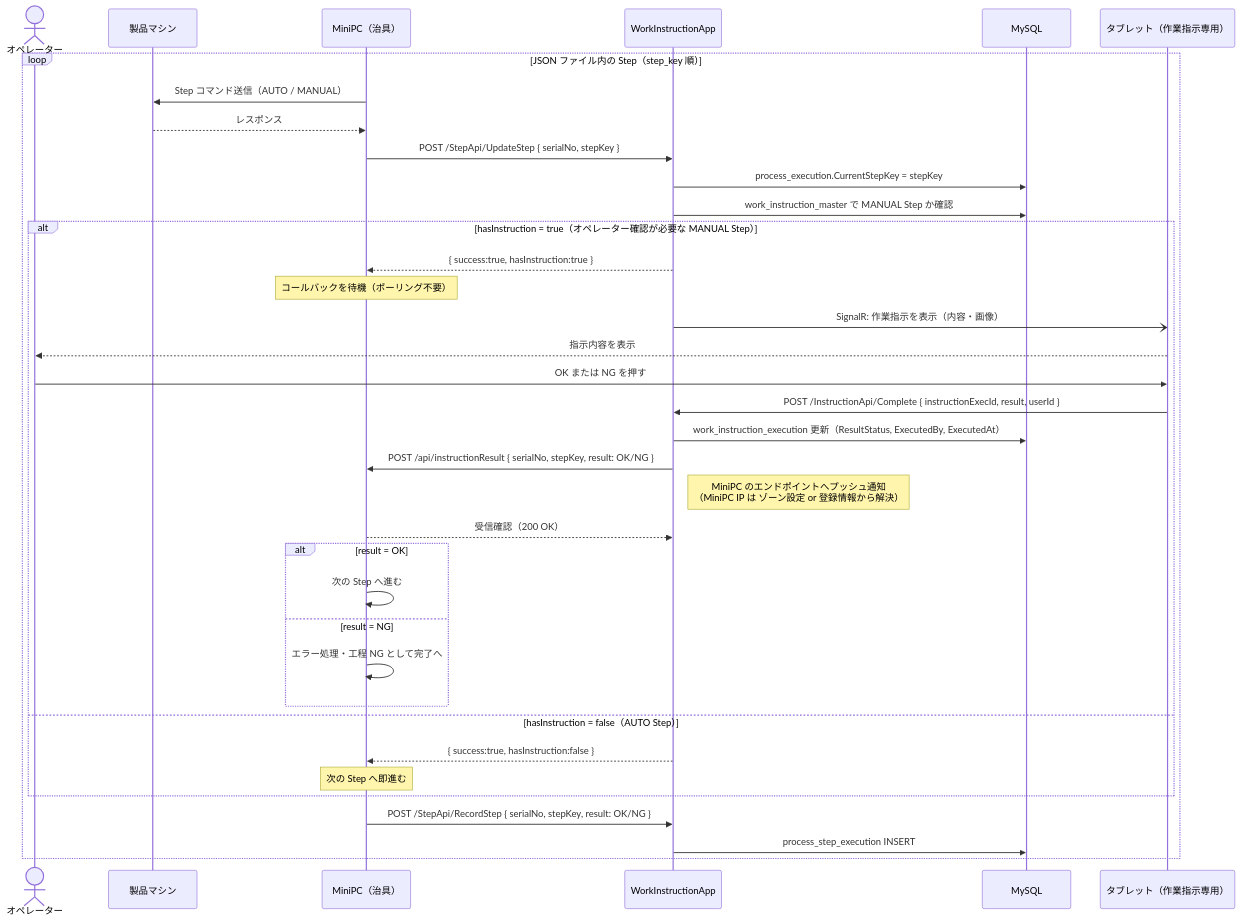
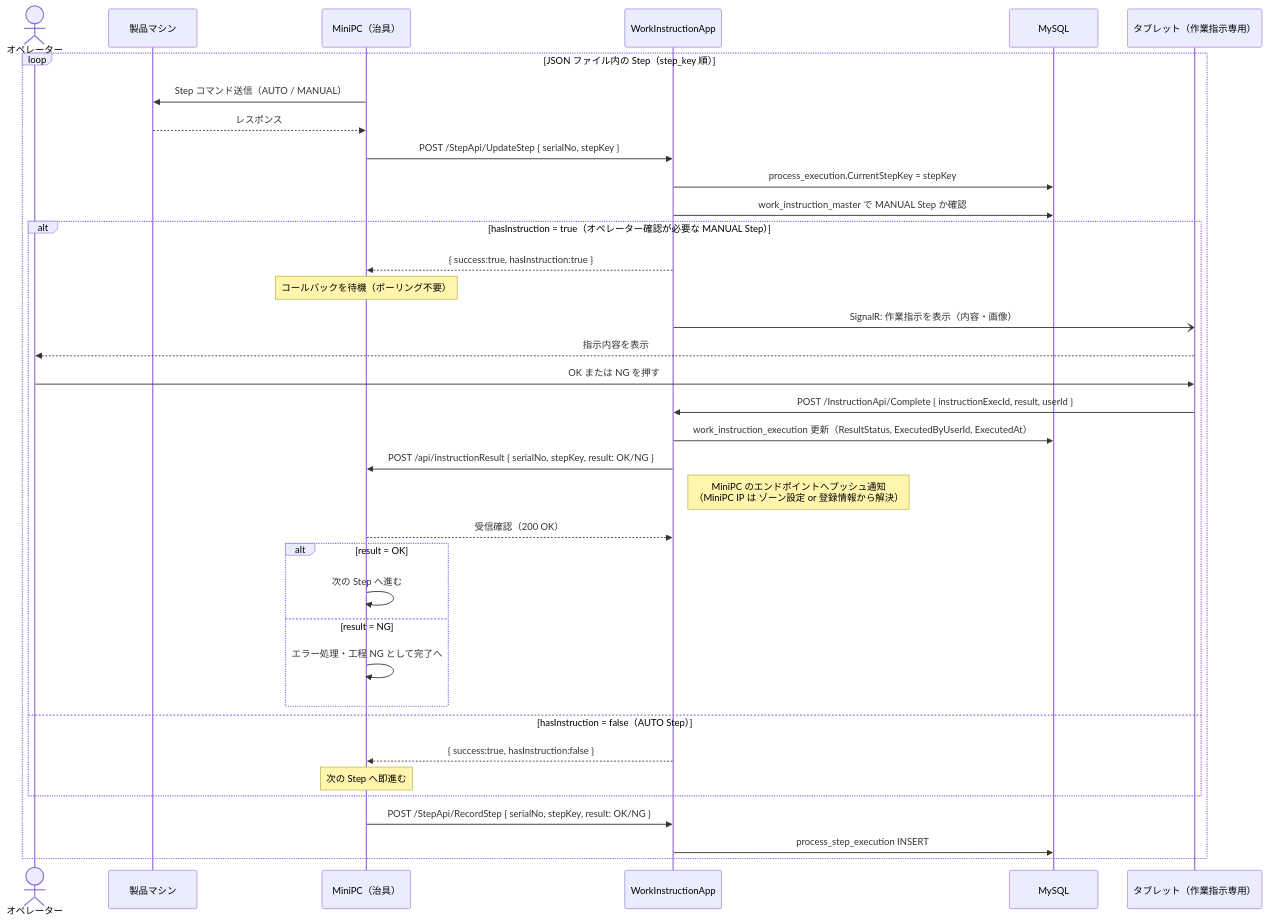
The fifth of 9 diagrams in docs/07_system_design.md (namagi14-lab/spica-warranty-design), drawn with Mermaid before and after one commit. The commit also changed other lines of this file and 4 other files, not shown here.

````diff
--- a/docs/07_system_design.md
+++ b/docs/07_system_design.md
@@ -204,47 +213,47 @@
 ```mermaid
 sequenceDiagram
     actor Op as オペレーター
     participant Machine as 製品マシン
     participant MiniPC as MiniPC（治具）
     participant App as WorkInstructionApp
     participant DB as MySQL
     participant Tablet as タブレット（作業指示専用）
 
     loop JSON ファイル内の Step（step_key 順）
         MiniPC->>Machine: Step コマンド送信（AUTO / MANUAL）
         Machine-->>MiniPC: レスポンス
 
         MiniPC->>App: POST /StepApi/UpdateStep { serialNo, stepKey }
         App->>DB: process_execution.CurrentStepKey = stepKey
         App->>DB: work_instruction_master で MANUAL Step か確認
 
         alt hasInstruction = true（オペレーター確認が必要な MANUAL Step）
             App-->>MiniPC: { success:true, hasInstruction:true }
             Note over MiniPC: コールバックを待機（ポーリング不要）
 
             App-)Tablet: SignalR: 作業指示を表示（内容・画像）
             Tablet-->>Op: 指示内容を表示
 
             Op->>Tablet: OK または NG を押す
             Tablet->>App: POST /InstructionApi/Complete { instructionExecId, result, userId }
-            App->>DB: work_instruction_execution 更新（ResultStatus, ExecutedBy, ExecutedAt）
+            App->>DB: work_instruction_execution 更新（ResultStatus, ExecutedByUserId, ExecutedAt）
 
             App->>MiniPC: POST /api/instructionResult { serialNo, stepKey, result: OK/NG }
             Note right of App: MiniPC のエンドポイントへプッシュ通知<br/>（MiniPC IP は ゾーン設定 or 登録情報から解決）
             MiniPC-->>App: 受信確認（200 OK）
 
             alt result = OK
                 MiniPC->>MiniPC: 次の Step へ進む
             else result = NG
                 MiniPC->>MiniPC: エラー処理・工程 NG として完了へ
             end
 
         else hasInstruction = false（AUTO Step）
             App-->>MiniPC: { success:true, hasInstruction:false }
             Note over MiniPC: 次の Step へ即進む
         end
 
         MiniPC->>App: POST /StepApi/RecordStep { serialNo, stepKey, result: OK/NG }
         App->>DB: process_step_execution INSERT
     end
 ```
````
